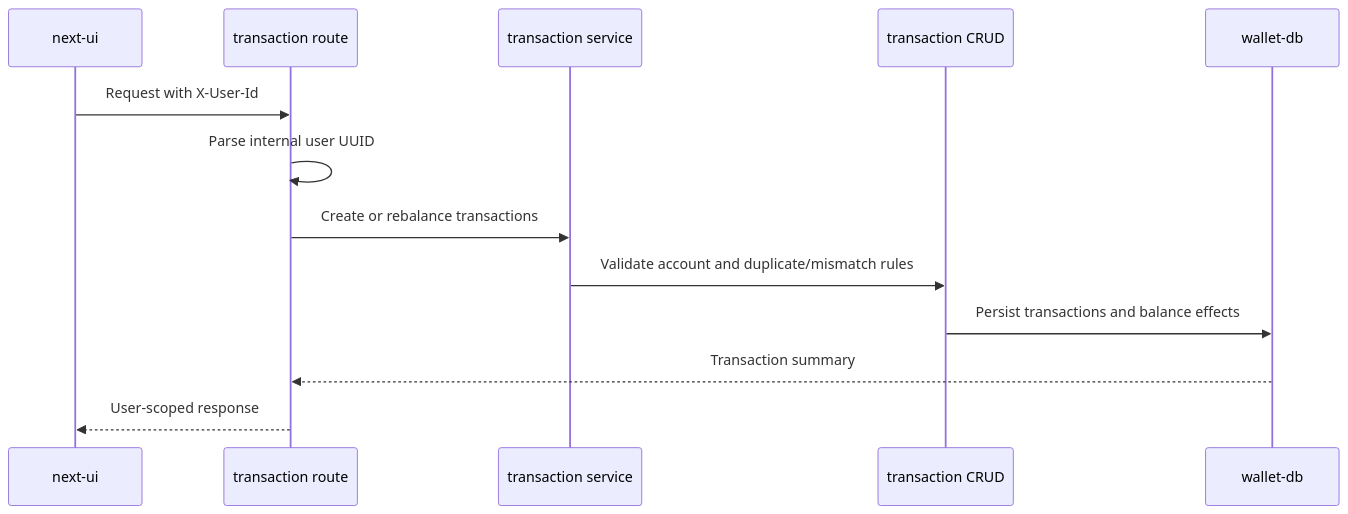
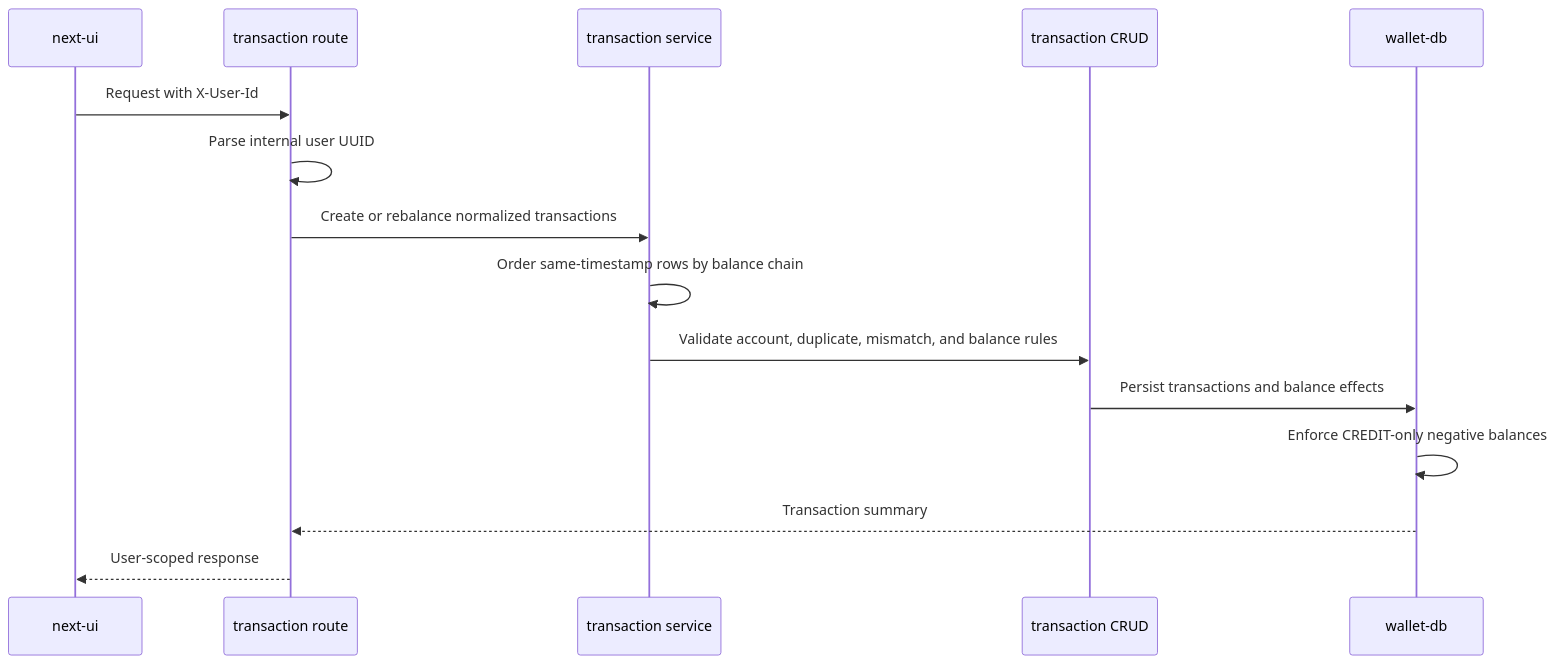
Before and after one commit to Strzelba2/FinancialManager: the second of 4 diagrams in docs/architecture/services/wallet-service.md, drawn with Mermaid. The commit also changed other lines of this file and 58 other files, not shown here.

Commit message:
Added:    Wallet: transactions CRUD, filters/sort/pagination, CSV/PDF import, component & integration tests

````diff
--- a/docs/architecture/services/wallet-service.md
+++ b/docs/architecture/services/wallet-service.md
@@ -86,16 +99,18 @@
 ```mermaid
 sequenceDiagram
     participant Next as next-ui
     participant Route as transaction route
     participant Service as transaction service
     participant Crud as transaction CRUD
     participant Db as wallet-db
 
     Next->>Route: Request with X-User-Id
     Route->>Route: Parse internal user UUID
-    Route->>Service: Create or rebalance transactions
-    Service->>Crud: Validate account and duplicate/mismatch rules
+    Route->>Service: Create or rebalance normalized transactions
+    Service->>Service: Order same-timestamp rows by balance chain
+    Service->>Crud: Validate account, duplicate, mismatch, and balance rules
     Crud->>Db: Persist transactions and balance effects
+    Db->>Db: Enforce CREDIT-only negative balances
     Db-->>Route: Transaction summary
     Route-->>Next: User-scoped response
 ```
````
